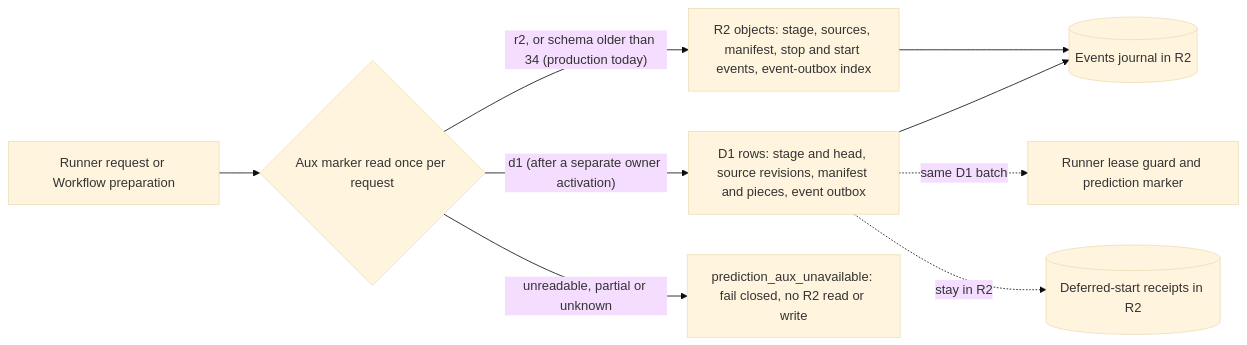
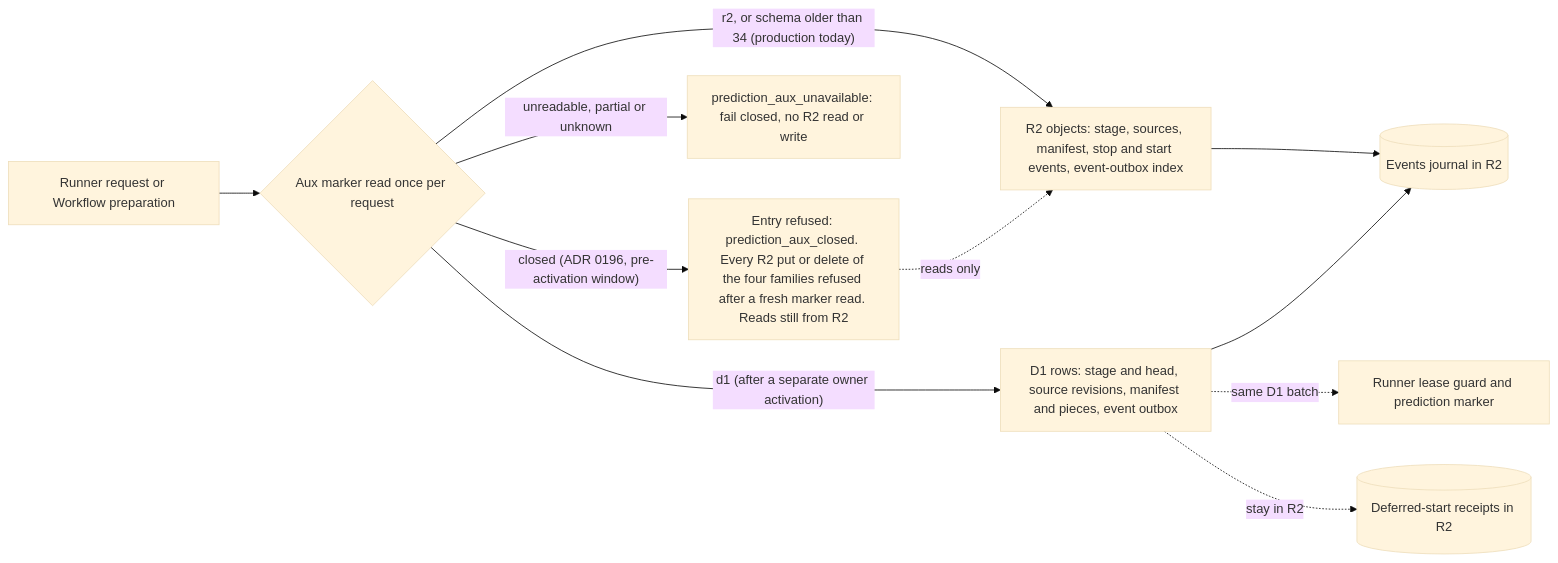
The third of 4 diagrams in docs/architecture/prediction-pipeline.md (vladimino/iptv-watchlist), drawn with Mermaid (base theme) before and after one commit. The commit also changed other lines of this file and 23 other files, not shown here.

First line of the commit message:
AIR-554: dormant prediction auxiliary closed admission gate (ADR 0196) (#893)

````diff
--- a/docs/architecture/prediction-pipeline.md
+++ b/docs/architecture/prediction-pipeline.md
@@ -161,11 +161,13 @@
 ```mermaid
 flowchart LR
   req["Runner request or Workflow preparation"] --> marker{"Aux marker read once per request"}
   marker -->|"r2, or schema older than 34 (production today)"| legacy["R2 objects: stage, sources, manifest, stop and start events, event-outbox index"]
   marker -->|"d1 (after a separate owner activation)"| rows["D1 rows: stage and head, source revisions, manifest and pieces, event outbox"]
-  marker -->|"unreadable, partial or unknown"| closed["prediction_aux_unavailable: fail closed, no R2 read or write"]
+  marker -->|"closed (ADR 0196, pre-activation window)"| shut["Entry refused: prediction_aux_closed. Every R2 put or delete of the four families refused after a fresh marker read. Reads still from R2"]
+  marker -->|"unreadable, partial or unknown"| unavail["prediction_aux_unavailable: fail closed, no R2 read or write"]
+  shut -. "reads only" .-> legacy
   legacy --> journal[("Events journal in R2")]
   rows --> journal
   rows -. "same D1 batch" .-> lease["Runner lease guard and prediction marker"]
   rows -. "stay in R2" .-> receipts[("Deferred-start receipts in R2")]
 ```
````
